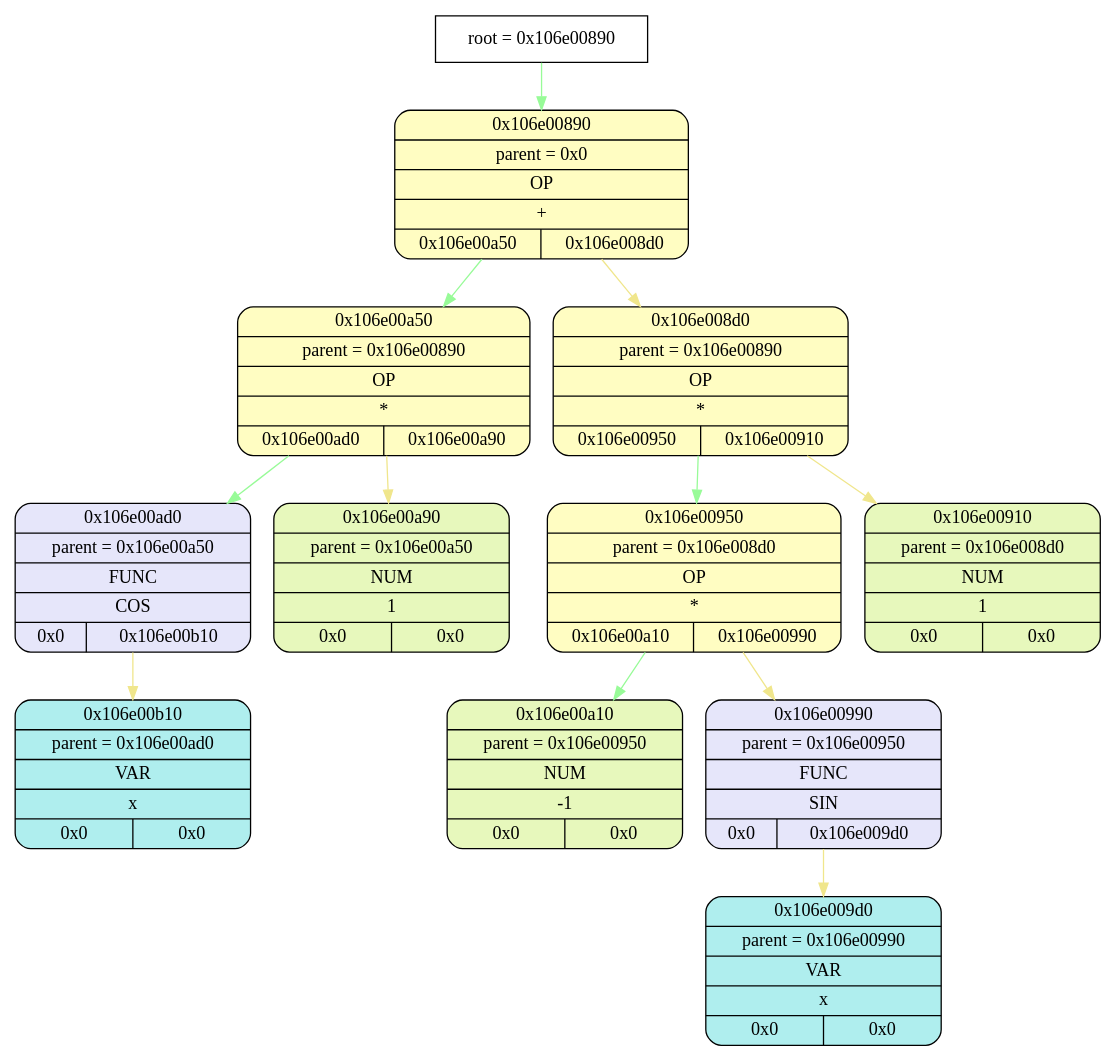
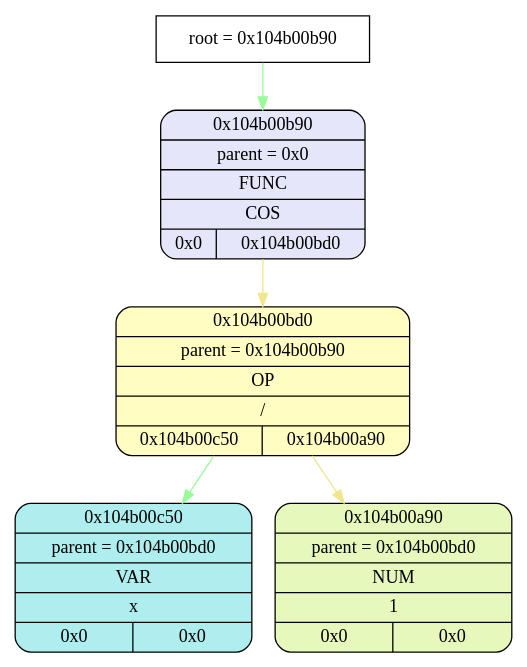
One commit to esgalimov/differentiator changed the diagram in tmp/graphviz.dot. Above: the diagram before and after it, drawn with Graphviz. The commit also changed 11 other files, not shown here.

```diff
--- a/tmp/graphviz.dot
+++ b/tmp/graphviz.dot
@@ -1,38 +1,17 @@
 digraph
 {
-    node_info[shape = record, label = "{root = 0x106e00890}"];
+    node_info[shape = record, label = "{root = 0x104b00b90}"];
 
-    node_info->node_0x106e00890 [color = "#98FB98"];
-    node_0x106e00890[shape = Mrecord, label = "{{0x106e00890} | {parent =  0x0} | {OP} | {+} | {0x106e00a50 | 0x106e008d0}}",
+    node_info->node_0x104b00b90 [color = "#98FB98"];
+    node_0x104b00b90[shape = Mrecord, label = "{{0x104b00b90} | {parent =  0x0} | {FUNC} | {COS} | {0x0 | 0x104b00bd0}}",
+                style="filled", fillcolor="#E6E6FA"];
+    node_0x104b00bd0[shape = Mrecord, label = "{{0x104b00bd0} | {parent =  0x104b00b90} | {OP} | {/} | {0x104b00c50 | 0x104b00a90}}",
                 style="filled", fillcolor="#FFFDC2"];
-    node_0x106e00a50[shape = Mrecord, label = "{{0x106e00a50} | {parent =  0x106e00890} | {OP} | {*} | {0x106e00ad0 | 0x106e00a90}}",
-                style="filled", fillcolor="#FFFDC2"];
-    node_0x106e00ad0[shape = Mrecord, label = "{{0x106e00ad0} | {parent =  0x106e00a50} | {FUNC} | {COS} | {0x0 | 0x106e00b10}}",
-                style="filled", fillcolor="#E6E6FA"];
-    node_0x106e00b10[shape = Mrecord, label = "{{0x106e00b10} | {parent =  0x106e00ad0} | {VAR} | {x} | {0x0 | 0x0}}",
+    node_0x104b00c50[shape = Mrecord, label = "{{0x104b00c50} | {parent =  0x104b00bd0} | {VAR} | {x} | {0x0 | 0x0}}",
                 style="filled", fillcolor="#AFEEEE"];
-    node_0x106e00a90[shape = Mrecord, label = "{{0x106e00a90} | {parent =  0x106e00a50} | {NUM} | {1} | {0x0 | 0x0}}",
+    node_0x104b00a90[shape = Mrecord, label = "{{0x104b00a90} | {parent =  0x104b00bd0} | {NUM} | {1} | {0x0 | 0x0}}",
                 style="filled", fillcolor="#E7F8BC"];
-    node_0x106e008d0[shape = Mrecord, label = "{{0x106e008d0} | {parent =  0x106e00890} | {OP} | {*} | {0x106e00950 | 0x106e00910}}",
-                style="filled", fillcolor="#FFFDC2"];
-    node_0x106e00950[shape = Mrecord, label = "{{0x106e00950} | {parent =  0x106e008d0} | {OP} | {*} | {0x106e00a10 | 0x106e00990}}",
-                style="filled", fillcolor="#FFFDC2"];
-    node_0x106e00a10[shape = Mrecord, label = "{{0x106e00a10} | {parent =  0x106e00950} | {NUM} | {-1} | {0x0 | 0x0}}",
-                style="filled", fillcolor="#E7F8BC"];
-    node_0x106e00990[shape = Mrecord, label = "{{0x106e00990} | {parent =  0x106e00950} | {FUNC} | {SIN} | {0x0 | 0x106e009d0}}",
-                style="filled", fillcolor="#E6E6FA"];
-    node_0x106e009d0[shape = Mrecord, label = "{{0x106e009d0} | {parent =  0x106e00990} | {VAR} | {x} | {0x0 | 0x0}}",
-                style="filled", fillcolor="#AFEEEE"];
-    node_0x106e00910[shape = Mrecord, label = "{{0x106e00910} | {parent =  0x106e008d0} | {NUM} | {1} | {0x0 | 0x0}}",
-                style="filled", fillcolor="#E7F8BC"];
-    node_0x106e00890->node_0x106e00a50 [color = "#98FB98"];
-    node_0x106e00a50->node_0x106e00ad0 [color = "#98FB98"];
-    node_0x106e00ad0->node_0x106e00b10 [color = "#F0E68C"];
-    node_0x106e00a50->node_0x106e00a90 [color = "#F0E68C"];
-    node_0x106e00890->node_0x106e008d0 [color = "#F0E68C"];
-    node_0x106e008d0->node_0x106e00950 [color = "#98FB98"];
-    node_0x106e00950->node_0x106e00a10 [color = "#98FB98"];
-    node_0x106e00950->node_0x106e00990 [color = "#F0E68C"];
-    node_0x106e00990->node_0x106e009d0 [color = "#F0E68C"];
-    node_0x106e008d0->node_0x106e00910 [color = "#F0E68C"];
+    node_0x104b00b90->node_0x104b00bd0 [color = "#F0E68C"];
+    node_0x104b00bd0->node_0x104b00c50 [color = "#98FB98"];
+    node_0x104b00bd0->node_0x104b00a90 [color = "#F0E68C"];
 }
```
